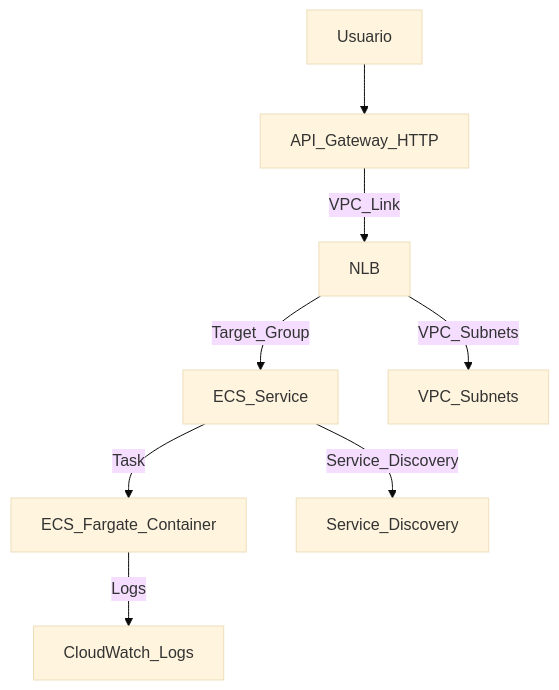
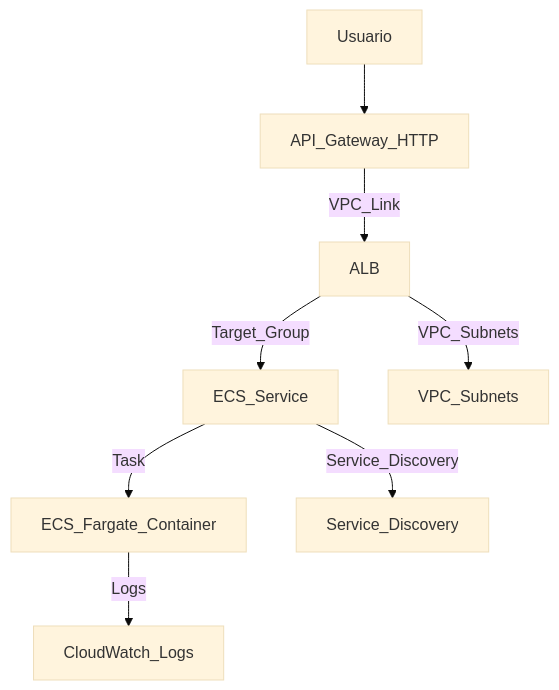
Before and after one commit to JoseRenatoVicente/desafio-lacrei-devops: the second of 2 diagrams in README.md, drawn with Mermaid (base theme). The commit also changed other lines of this file, not shown here.

````diff
--- a/README.md
+++ b/README.md
@@ -53,10 +59,10 @@
 ```mermaid
 graph TD
 	H[Usuario] --> A[API_Gateway_HTTP]
-	A -- VPC_Link --> B[NLB]
+	A -- VPC_Link --> B[ALB]
 	B -- Target_Group --> C[ECS_Service]
 	C -- Task --> D[ECS_Fargate_Container]
 	D -- Logs --> E[CloudWatch_Logs]
 	C -- Service_Discovery --> F[Service_Discovery]
 	B -- VPC_Subnets --> G[VPC_Subnets]
 ```
````
